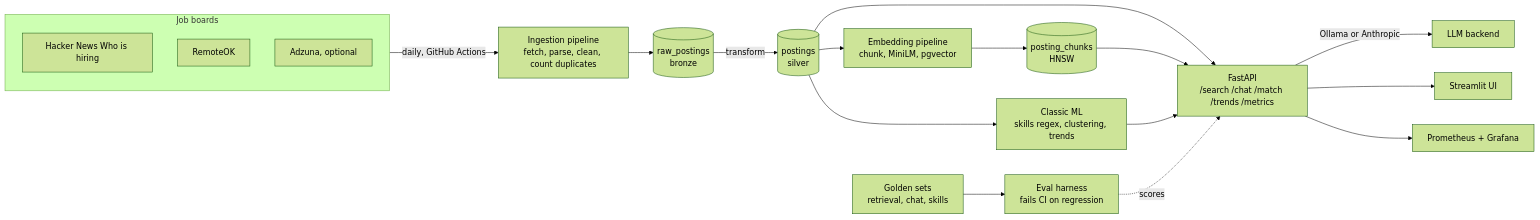
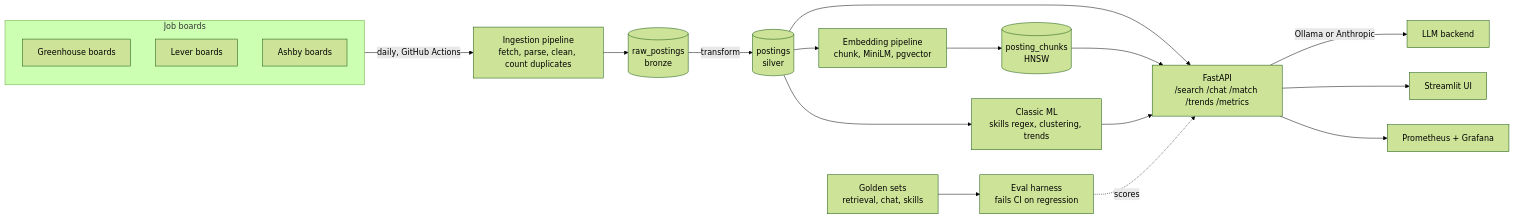
Before and after one commit to raviteja311/JobLens-AI-Job-Market-Assistant: the diagram in README.md, drawn with Mermaid (forest theme). The commit also changed other lines of this file and 13 other files, not shown here.

````diff
--- a/README.md
+++ b/README.md
@@ -32,20 +32,20 @@
 ```mermaid
 flowchart LR
     subgraph sources [Job boards]
-        HN[Hacker News Who is hiring]
-        RO[RemoteOK]
-        AD[Adzuna, optional]
+        GH[Greenhouse boards]
+        LV[Lever boards]
+        AB[Ashby boards]
     end
     sources -->|daily, GitHub Actions| ING[Ingestion pipeline<br/>fetch, parse, clean, count duplicates]
     ING --> RAW[(raw_postings<br/>bronze)]
     RAW -->|transform| PG[(postings<br/>silver)]
     PG --> ML[Classic ML<br/>skills regex, clustering, trends]
     PG --> EMB[Embedding pipeline<br/>chunk, MiniLM, pgvector]
     EMB --> VEC[(posting_chunks<br/>HNSW)]
     PG & VEC & ML --> API[FastAPI<br/>/search /chat /match /trends /metrics]
     API -->|Ollama or Anthropic| LLM[LLM backend]
     API --> UI[Streamlit UI]
     API --> PROM[Prometheus + Grafana]
     GOLD[Golden sets<br/>retrieval, chat, skills] --> EVAL[Eval harness<br/>fails CI on regression]
     EVAL -.scores.-> API
 ```
````
